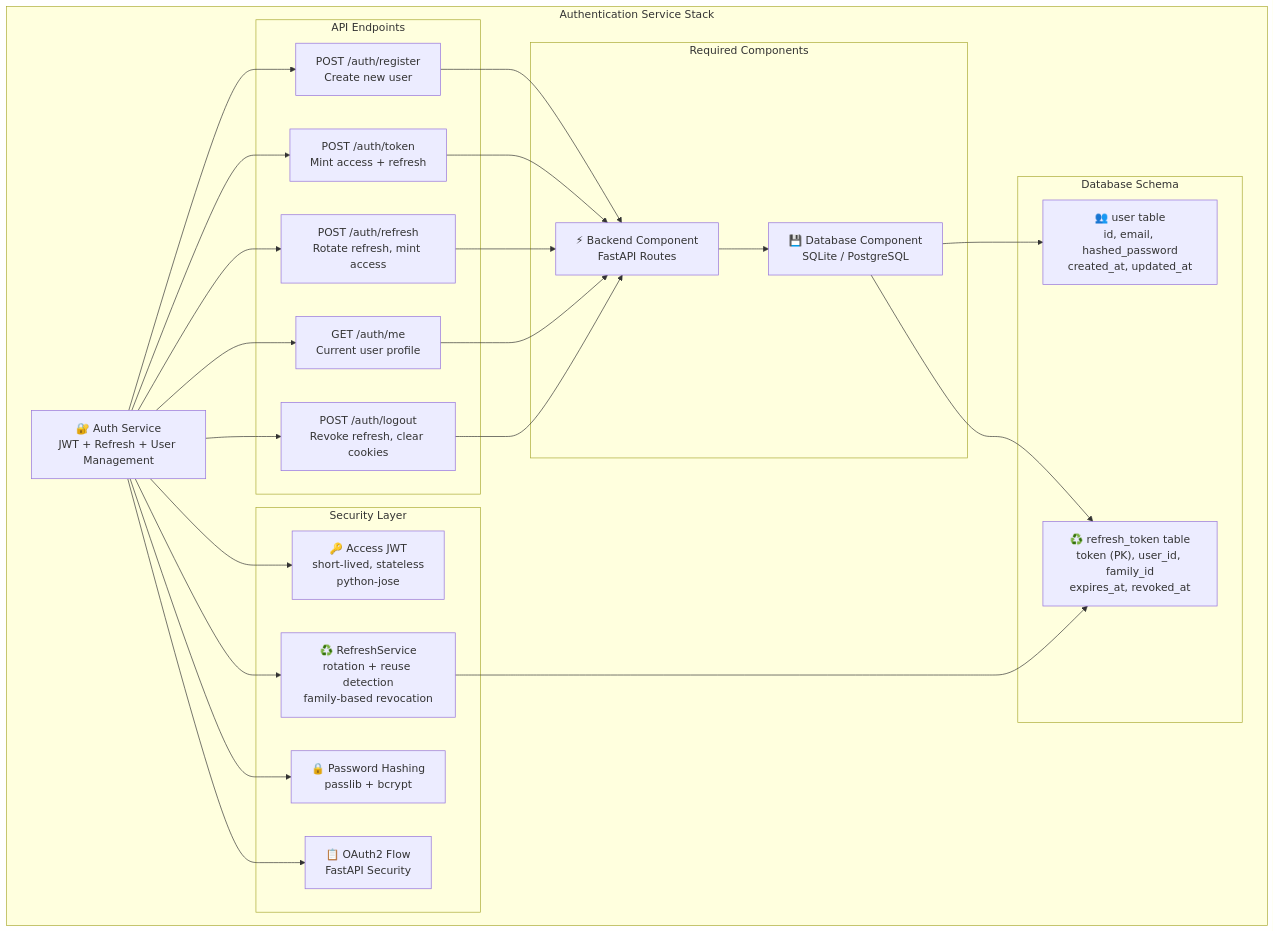
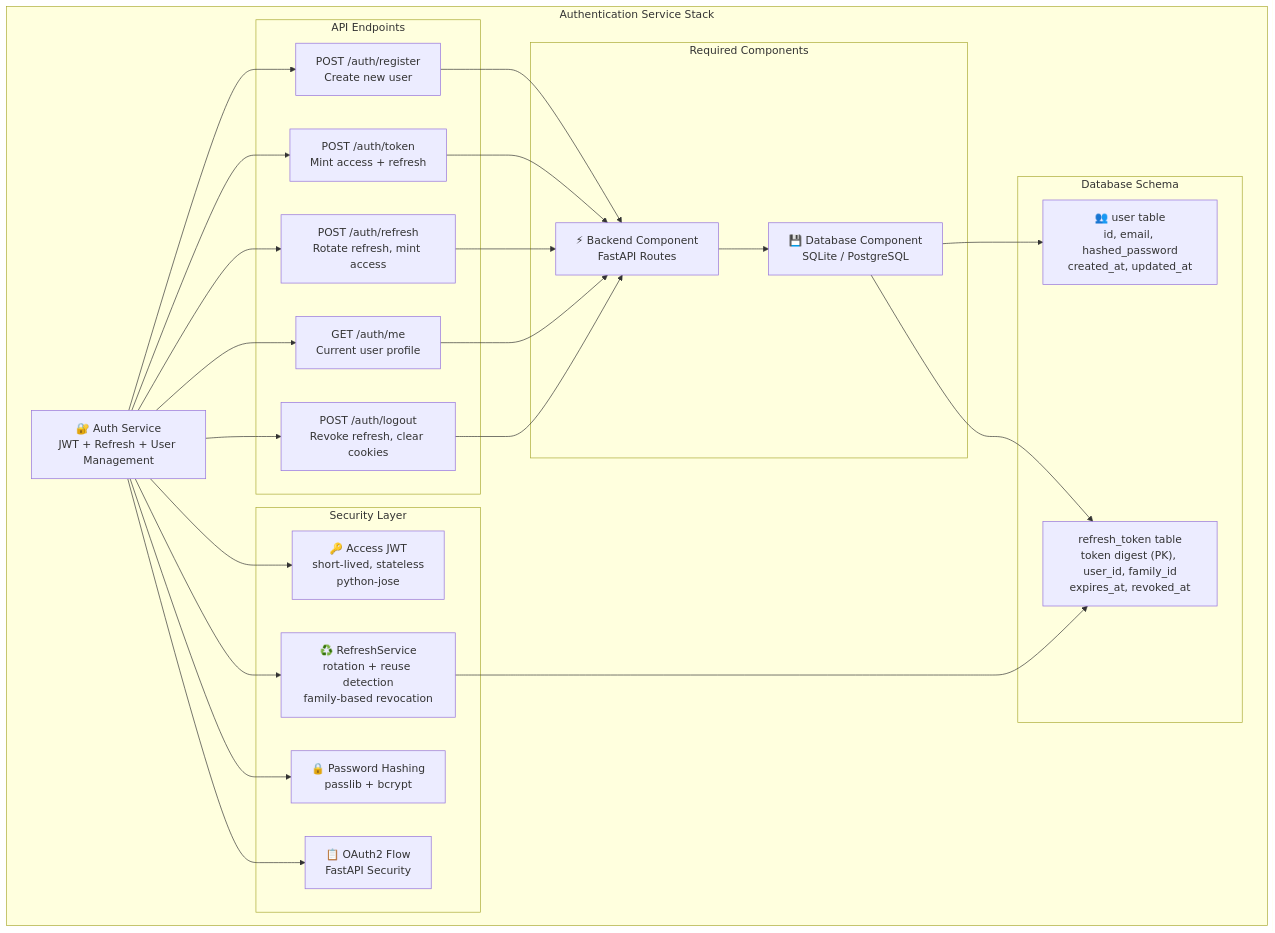
One commit to lbedner/aegis-stack changed the first of 3 diagrams in docs/services/auth/index.md. Above: the diagram before and after it, drawn with Mermaid. The commit also changed other lines of this file and 58 other files, not shown here.

````diff
--- a/docs/services/auth/index.md
+++ b/docs/services/auth/index.md
@@ -47,55 +47,55 @@
 ```mermaid
 graph TB
     subgraph "Authentication Service Stack"
         AuthService["🔐 Auth Service<br/>JWT + Refresh + User Management"]
 
         subgraph "API Endpoints"
             Register["POST /auth/register<br/>Create new user"]
             Login["POST /auth/token<br/>Mint access + refresh"]
             Refresh["POST /auth/refresh<br/>Rotate refresh, mint access"]
             Profile["GET /auth/me<br/>Current user profile"]
             Logout["POST /auth/logout<br/>Revoke refresh, clear cookies"]
         end
 
         subgraph "Required Components"
             Backend["⚡ Backend Component<br/>FastAPI Routes"]
             Database["💾 Database Component<br/>SQLite / PostgreSQL"]
         end
 
         subgraph "Security Layer"
             JWT["🔑 Access JWT<br/>short-lived, stateless<br/>python-jose"]
             RefreshSvc["♻️ RefreshService<br/>rotation + reuse detection<br/>family-based revocation"]
             Passwords["🔒 Password Hashing<br/>passlib + bcrypt"]
             OAuth2["📋 OAuth2 Flow<br/>FastAPI Security"]
         end
 
         subgraph "Database Schema"
             Users["👥 user table<br/>id, email, hashed_password<br/>created_at, updated_at"]
-            RefreshTokens["♻️ refresh_token table<br/>token (PK), user_id, family_id<br/>expires_at, revoked_at"]
+            RefreshTokens["refresh_token table<br/>token digest (PK), user_id, family_id<br/>expires_at, revoked_at"]
         end
     end
 
     AuthService --> Register
     AuthService --> Login
     AuthService --> Refresh
     AuthService --> Profile
     AuthService --> Logout
 
     Register --> Backend
     Login --> Backend
     Refresh --> Backend
     Profile --> Backend
     Logout --> Backend
 
     Backend --> Database
 
     AuthService --> JWT
     AuthService --> RefreshSvc
     AuthService --> Passwords
     AuthService --> OAuth2
 
     RefreshSvc --> RefreshTokens
     Database --> Users
     Database --> RefreshTokens
 
 ```
````
